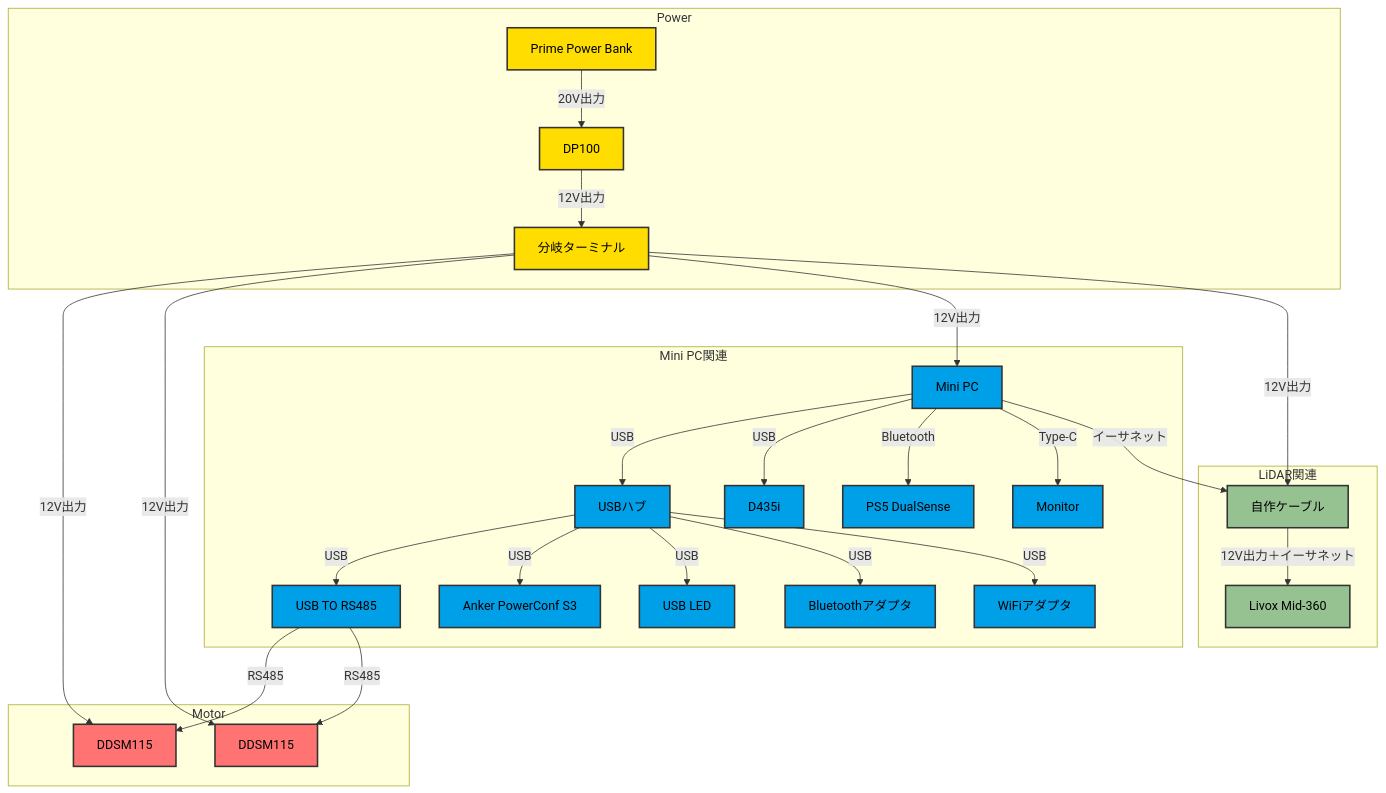
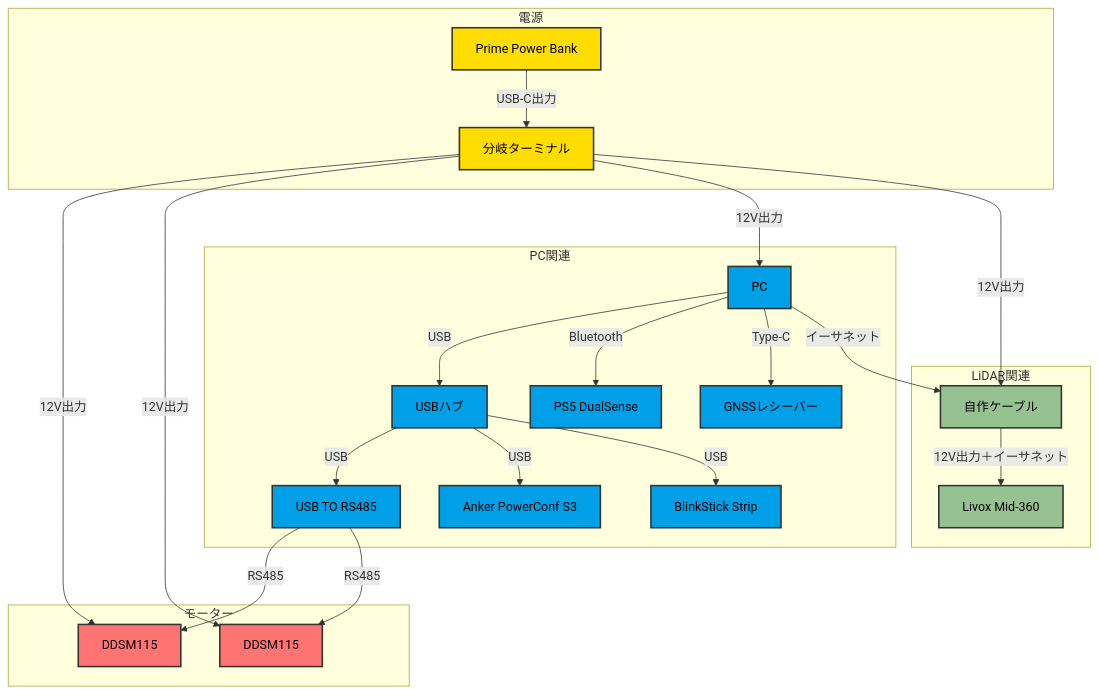
One commit to sato-susumu/susumu_robo changed the diagram in README.md. Above: the diagram before and after it, drawn with Mermaid. The commit also changed other lines of this file, not shown here.

````diff
--- a/README.md
+++ b/README.md
@@ -64,71 +48,63 @@
 ```mermaid
 flowchart TB
     %% 電源供給ライン
-    subgraph Power["Power"]
+    subgraph Power["電源"]
         A[Prime Power Bank]
-        B[DP100]
         C[分岐ターミナル]
     end
 
-    subgraph Motor["Motor"]
+    subgraph Motor["モーター"]
         D[DDSM115]
         E[DDSM115]
     end
 
-    subgraph MiniPC["Mini PC関連"]
-        F[Mini PC]
+    subgraph MiniPC["PC関連"]
+        F[PC]
         K[USBハブ]
         H[USB TO RS485]
         L[PS5 DualSense]
-        I[Monitor]
+        I[GNSSレシーバー]
         M[Anker PowerConf S3]
-        O[USB LED]
-        P[Bluetoothアダプタ]
-        Q[WiFiアダプタ]
-        R[D435i]
+        O[BlinkStick Strip]
     end
 
     subgraph LiDAR["LiDAR関連"]
         G[Livox Mid-360]
         J[自作ケーブル]
     end
 
     %% 電源供給ライン
-    A -->|20V出力| B
-    B -->|12V出力| C
+    A -->|USB-C出力| C
     C -->|12V出力| D
     C -->|12V出力| E
     C -->|12V出力| F
     C -->|12V出力| J
 
     %% Mini PCとの接続
     F -->|USB| K
-    F -->|USB| R
     H -->|RS485| D
     H -->|RS485| E
     F -->|Bluetooth| L
     F -->|Type-C| I
     F -->|イーサネット| J
 
     %% USB Hubとの接続
     K -->|USB| H
     K -->|USB| M
     K -->|USB| O
-    K -->|USB| P
-    K -->|USB| Q
-    
+
     %% その他
     J -->|12V出力＋イーサネット| G
 
     %% クラス定義 (色分け)
-    classDef power fill:#FFDD00,stroke:#333,stroke-width:2px,color:#000;     
-    classDef motor fill:#FF7373,stroke:#333,stroke-width:2px,color:#000;     
-    classDef miniPC fill:#00A0E9,stroke:#333,stroke-width:2px,color:#000;   
-    classDef lidar fill:#96C291,stroke:#333,stroke-width:2px,color:#000;     
+    classDef power fill:#FFDD00,stroke:#333,stroke-width:2px,color:#000;
+    classDef motor fill:#FF7373,stroke:#333,stroke-width:2px,color:#000;
+    classDef miniPC fill:#00A0E9,stroke:#333,stroke-width:2px,color:#000;
+    classDef lidar fill:#96C291,stroke:#333,stroke-width:2px,color:#000;
 
     %% クラス適用
-    class A,B,C power;
+    class A,C power;
     class D,E motor;
-    class F,K,H,L,I,M,O,P,Q,R miniPC;
+    class F,K,H,L,I,M,O miniPC;
     class G,J lidar;
 ```
````
